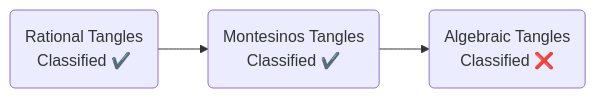
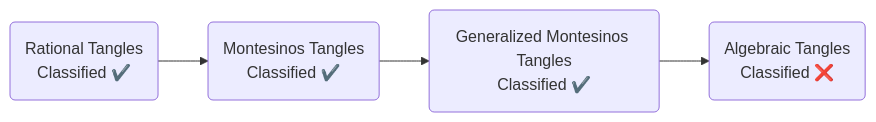
The first of 2 diagrams in content/slides/Lightning.md (Joecstarr/joe-starr.com), drawn with Mermaid before and after one commit. The commit also changed other lines of this file, not shown here.

````diff
--- a/content/slides/Lightning.md
+++ b/content/slides/Lightning.md
@@ -40,7 +40,8 @@
 ```mermaid
 flowchart LR
     R("Rational Tangles\nClassified ✔️")
     M("Montesinos Tangles\nClassified ✔️")
+    G("Generalized Montesinos Tangles\nClassified ✔️")
     A("Algebraic Tangles\nClassified ❌")
-    R-->M-->A
+    R-->M-->G-->A
 ```
````
